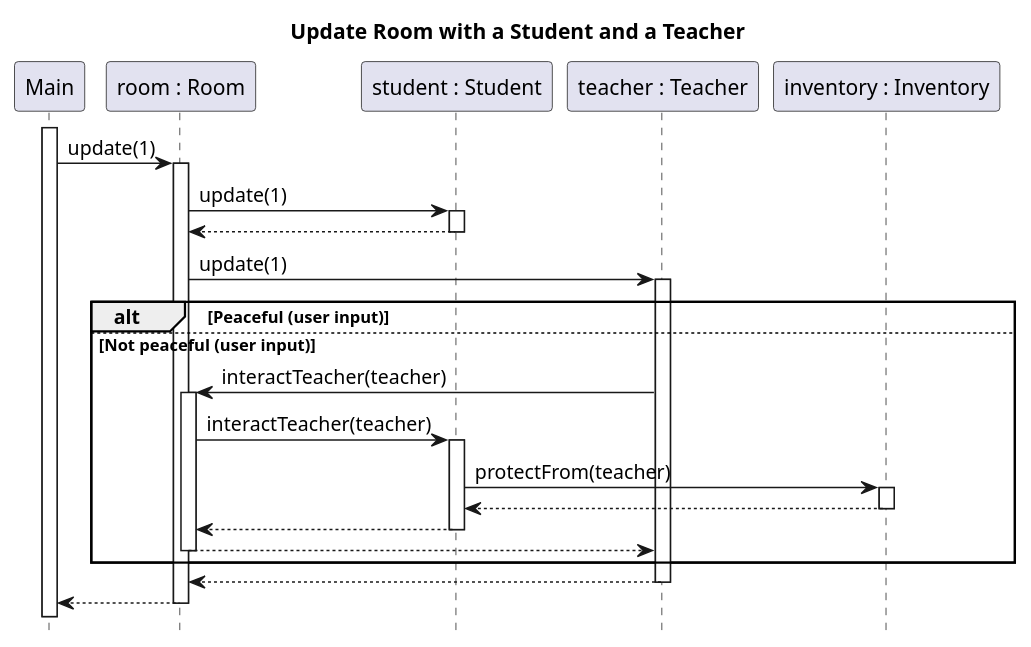
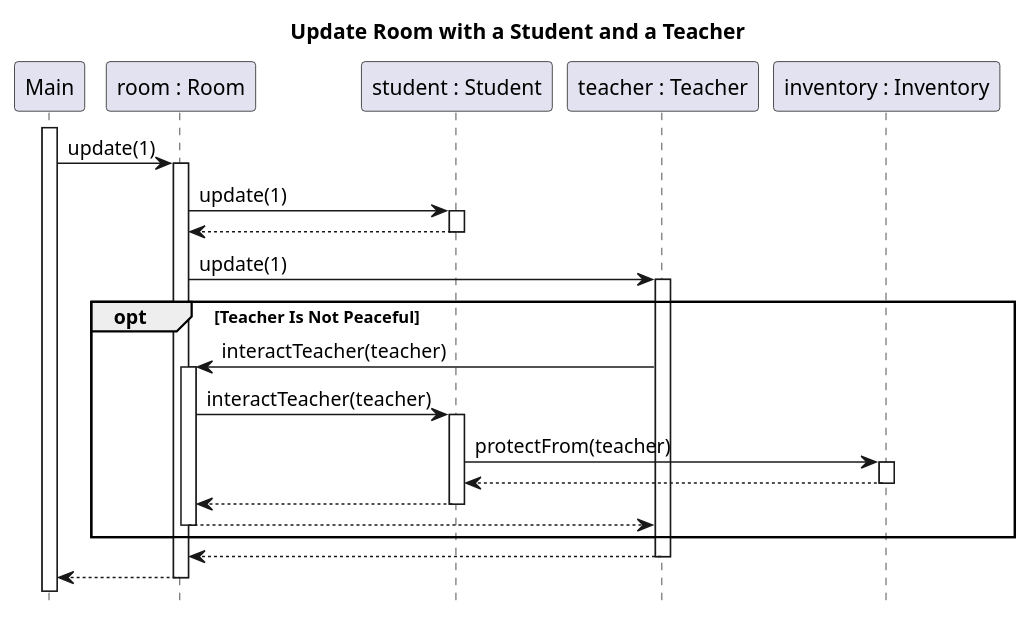
The diagram in docs/diagrams/test-sequence/room-update-student-teacher.puml (sn4k3ch4rm3r/logarlec), drawn with PlantUML before and after one commit. The commit also changed 11 other files, not shown here.

Commit message:
Fixed mistakes in test sequences

```diff
--- a/docs/diagrams/test-sequence/room-update-student-teacher.puml
+++ b/docs/diagrams/test-sequence/room-update-student-teacher.puml
@@ -1,31 +1,30 @@
 @startuml room-update-student-teacher
 title Update Room with a Student and a Teacher
 hide footbox
 autoactivate on
 skinparam SequenceReferenceBackgroundColor white
 
 participant Main
 participant "room : Room" as room
 participant "student : Student" as s
 participant "teacher : Teacher" as t
 participant "inventory : Inventory" as inv
 
 activate Main
 Main -> room : update(1)
 	room -> s : update(1)
 	return
 	room -> t : update(1)
-	alt Peaceful (user input)
-	else Not peaceful (user input)
+	opt Teacher Is Not Peaceful
         t -> room : interactTeacher(teacher)
             room -> s : interactTeacher(teacher)
                 s -> inv ++: protectFrom(teacher)
                 return
             return
 	    return
     end
     return
 return
 
 
 @enduml
```
